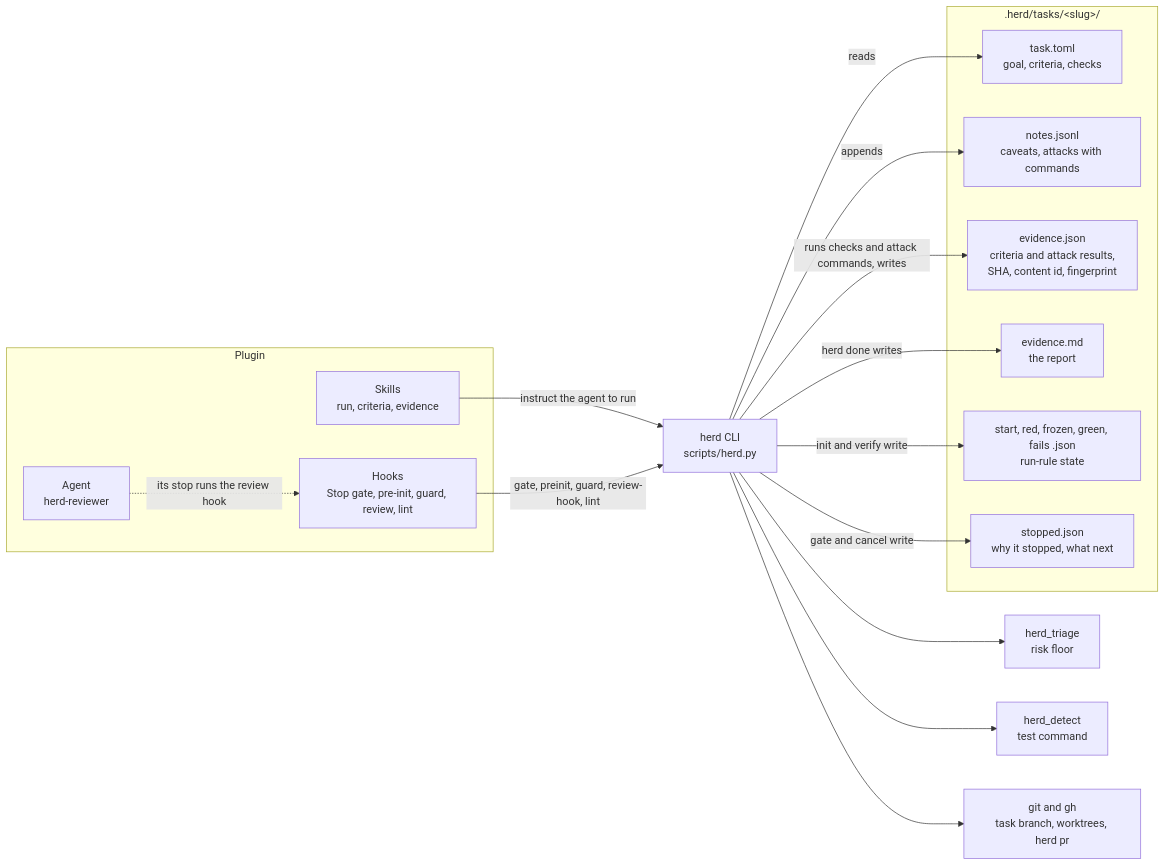
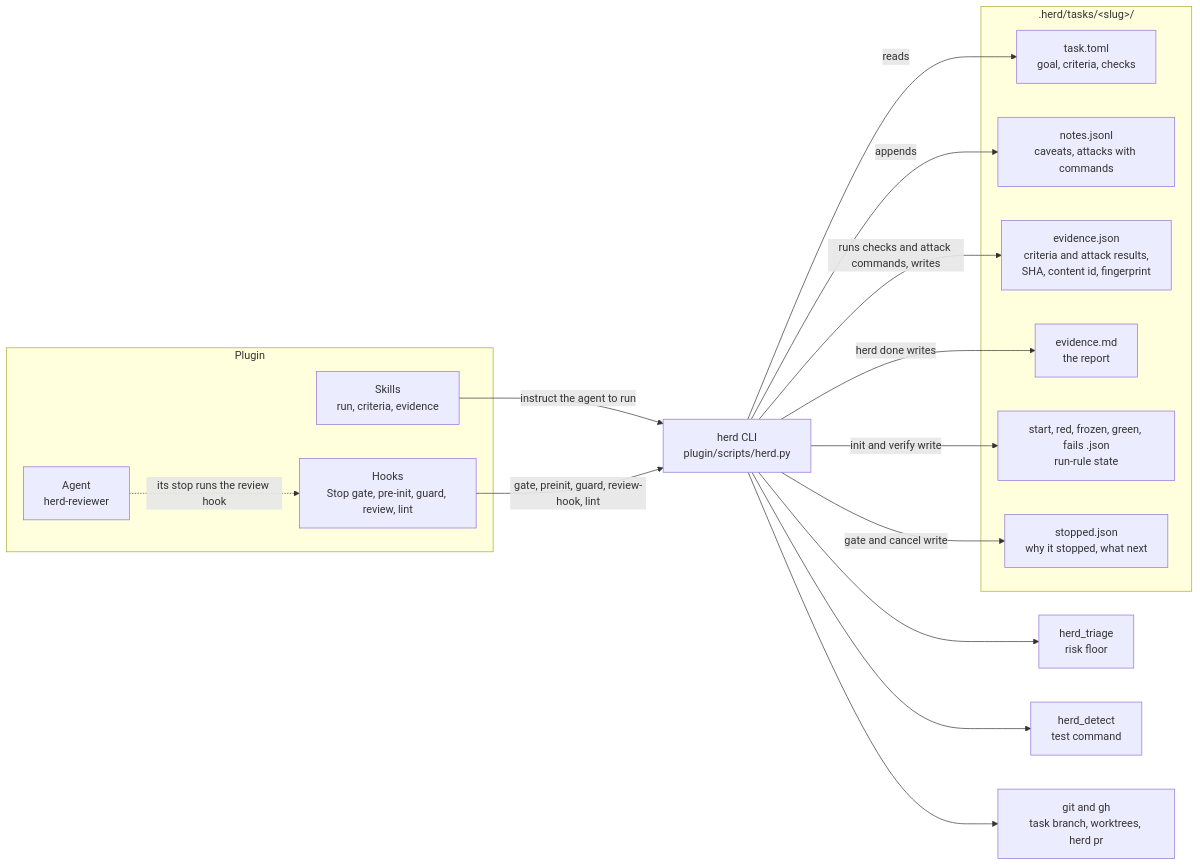
Before and after one commit to Beovulfo/herd-sdlc: the second of 2 diagrams in README.md, drawn with Mermaid. The commit also changed other lines of this file and 32 other files, not shown here.

First line of the commit message:
Herd 0.12.10: plugin in ./plugin, installs stop shipping examples/ (#58)

````diff
--- a/README.md
+++ b/README.md
@@ -139,32 +139,32 @@
 ```mermaid
 flowchart LR
     subgraph Plugin
         S["Skills<br/>run, criteria, evidence"]
         H["Hooks<br/>Stop gate, pre-init, guard, review, lint"]
         A["Agent<br/>herd-reviewer"]
     end
-    CLI["herd CLI<br/>scripts/herd.py"]
+    CLI["herd CLI<br/>plugin/scripts/herd.py"]
     T["herd_triage<br/>risk floor"]
     D["herd_detect<br/>test command"]
     G["git and gh<br/>task branch, worktrees, herd pr"]
     subgraph State[".herd/tasks/&lt;slug&gt;/"]
         TT["task.toml<br/>goal, criteria, checks"]
         NO["notes.jsonl<br/>caveats, attacks with commands"]
         EV["evidence.json<br/>criteria and attack results,<br/>SHA, content id, fingerprint"]
         RP["evidence.md<br/>the report"]
         RR["start, red, frozen, green, fails .json<br/>run-rule state"]
         SR["stopped.json<br/>why it stopped, what next"]
     end
     S -->|instruct the agent to run| CLI
     H -->|gate, preinit, guard, review-hook, lint| CLI
     A -.->|its stop runs the review hook| H
     CLI --> T
     CLI --> D
     CLI --> G
     CLI -->|reads| TT
     CLI -->|appends| NO
     CLI -->|runs checks and attack commands, writes| EV
     CLI -->|herd done writes| RP
     CLI -->|init and verify write| RR
     CLI -->|gate and cancel write| SR
 ```
````
